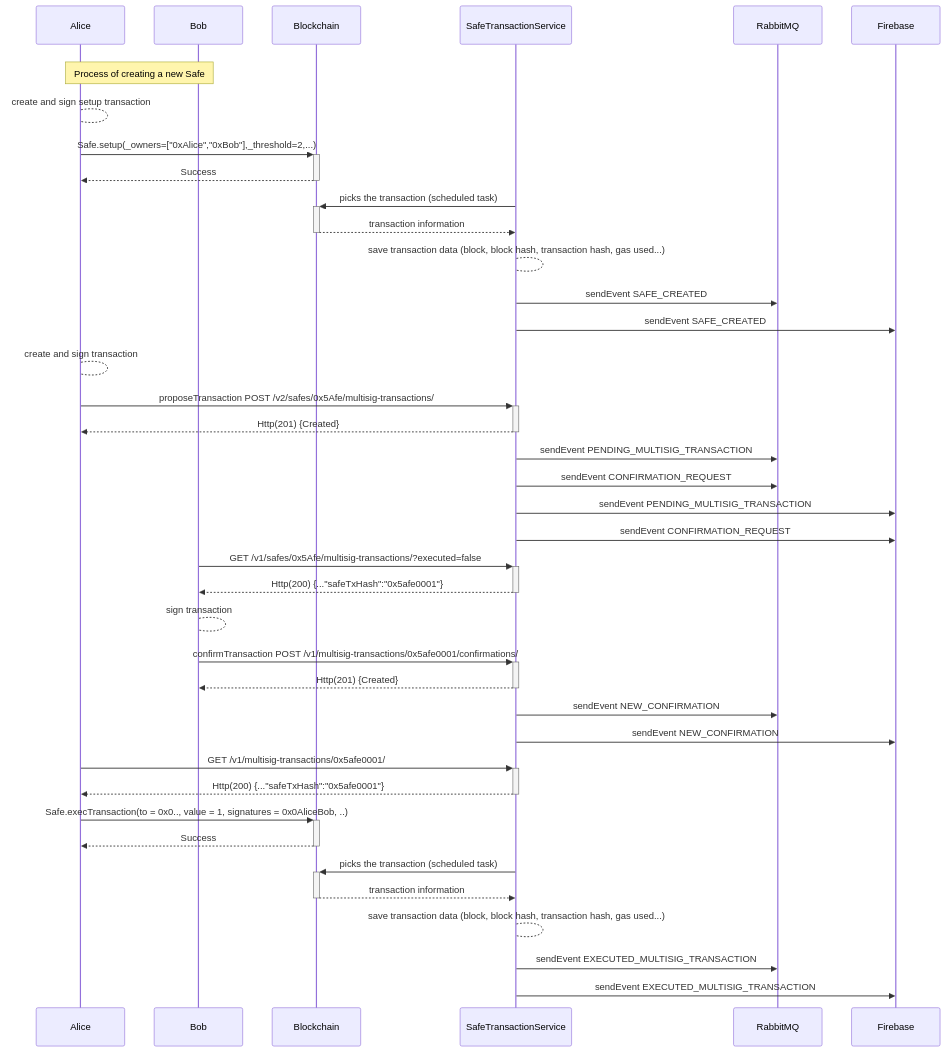
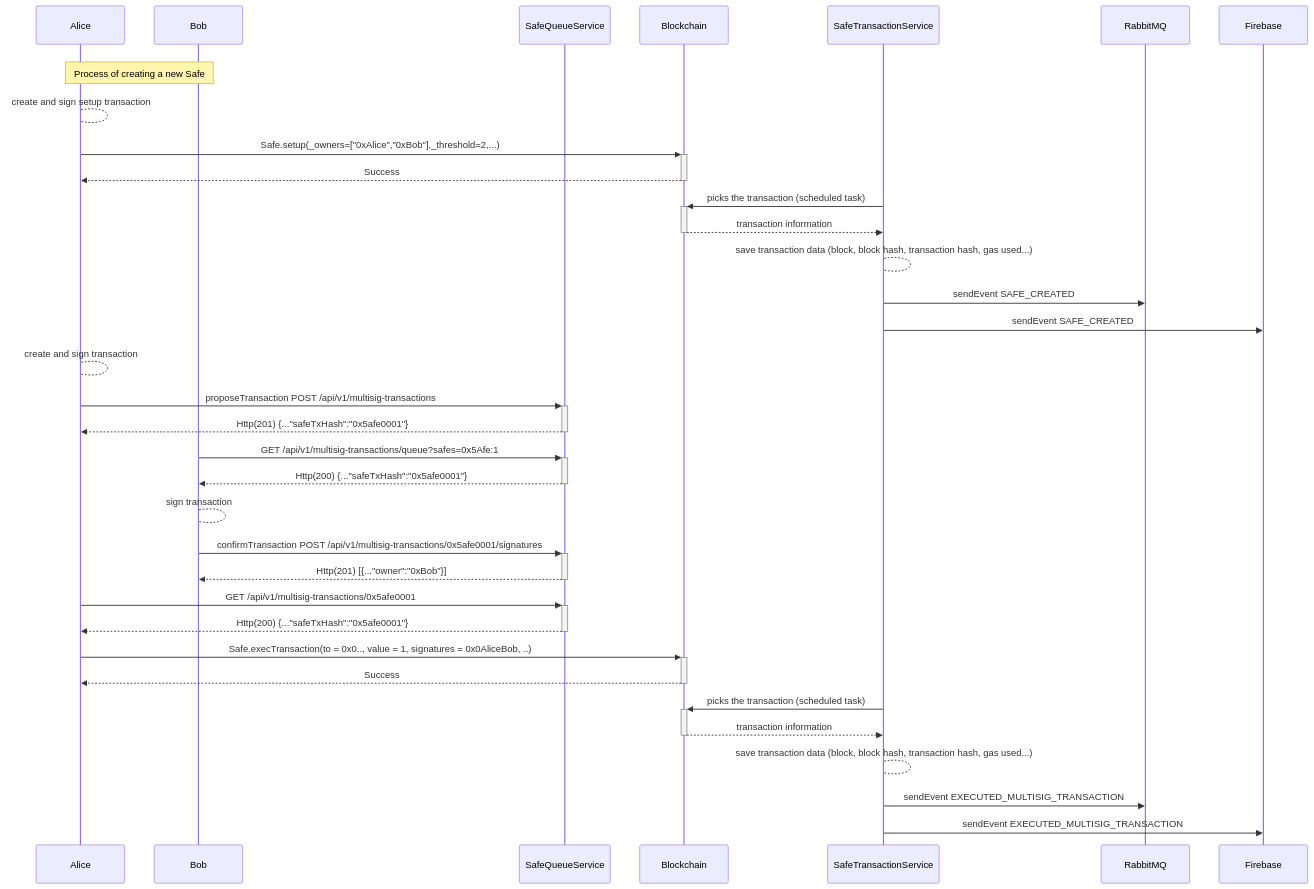
Before and after one commit to safe-global/safe-docs: the first of 2 diagrams in pages/core-api/api-safe-transaction-service.mdx, drawn with Mermaid. The commit also changed other lines of this file and 6 other files, not shown here.

First line of the commit message:
docs: point guides and overviews to Safe Queue Service

````diff
--- a/pages/core-api/api-safe-transaction-service.mdx
+++ b/pages/core-api/api-safe-transaction-service.mdx
@@ -79,40 +79,35 @@
 ``` mermaid
 sequenceDiagram
     participant A as Alice
     participant B as Bob
+    participant SafeQueueService
     participant Blockchain
     rect rgba(255,255,255,.1)
     Note over A,B: Process of creating a new Safe 
     A-->A: create and sign setup transaction
     A->>+Blockchain: Safe.setup(_owners=["0xAlice","0xBob"],_threshold=2,...)
     Blockchain-->>-A: Success
     SafeTransactionService->>+Blockchain: picks the transaction (scheduled task)
     Blockchain-->>-SafeTransactionService: transaction information
     SafeTransactionService-->SafeTransactionService: save transaction data (block, block hash, transaction hash, gas used...)
     SafeTransactionService->>RabbitMQ: sendEvent SAFE_CREATED
     SafeTransactionService->>Firebase: sendEvent SAFE_CREATED
     end
     A-->A: create and sign transaction
-    A->>+SafeTransactionService: proposeTransaction POST /v2/safes/0x5Afe/multisig-transactions/
-    SafeTransactionService-->>-A: Http(201) {Created}
-    SafeTransactionService->>RabbitMQ: sendEvent PENDING_MULTISIG_TRANSACTION
-    SafeTransactionService->>RabbitMQ: sendEvent CONFIRMATION_REQUEST
-    SafeTransactionService->>Firebase: sendEvent PENDING_MULTISIG_TRANSACTION
-    SafeTransactionService->>Firebase: sendEvent CONFIRMATION_REQUEST
-    B->>+SafeTransactionService: GET /v1/safes/0x5Afe/multisig-transactions/?executed=false
-    SafeTransactionService-->>-B: Http(200) {..."safeTxHash":"0x5afe0001"}
+    A->>+SafeQueueService: proposeTransaction POST /api/v1/multisig-transactions
+    SafeQueueService-->>-A: Http(201) {..."safeTxHash":"0x5afe0001"}
+    B->>+SafeQueueService: GET /api/v1/multisig-transactions/queue?safes=0x5Afe:1
+    SafeQueueService-->>-B: Http(200) {..."safeTxHash":"0x5afe0001"}
     B-->B: sign transaction
-    B->>+SafeTransactionService: confirmTransaction POST /v1/multisig-transactions/0x5afe0001/confirmations/
-    SafeTransactionService-->>-B: Http(201) {Created}
-    SafeTransactionService->>RabbitMQ: sendEvent NEW_CONFIRMATION
-    SafeTransactionService->>Firebase: sendEvent NEW_CONFIRMATION
-    A->>+SafeTransactionService: GET /v1/multisig-transactions/0x5afe0001/
-    SafeTransactionService-->>-A: Http(200) {..."safeTxHash":"0x5afe0001"}
+    B->>+SafeQueueService: confirmTransaction POST /api/v1/multisig-transactions/0x5afe0001/signatures
+    SafeQueueService-->>-B: Http(201) [{..."owner":"0xBob"}]
+    A->>+SafeQueueService: GET /api/v1/multisig-transactions/0x5afe0001
+    SafeQueueService-->>-A: Http(200) {..."safeTxHash":"0x5afe0001"}
     A->>+Blockchain: Safe.execTransaction(to = 0x0.., value = 1, signatures = 0x0AliceBob, ..)
     Blockchain-->>-A: Success
     SafeTransactionService->>+Blockchain: picks the transaction (scheduled task)
     Blockchain-->>-SafeTransactionService: transaction information
     SafeTransactionService-->SafeTransactionService: save transaction data (block, block hash, transaction hash, gas used...)
     SafeTransactionService->>RabbitMQ: sendEvent EXECUTED_MULTISIG_TRANSACTION
     SafeTransactionService->>Firebase: sendEvent EXECUTED_MULTISIG_TRANSACTION
 ```
````
